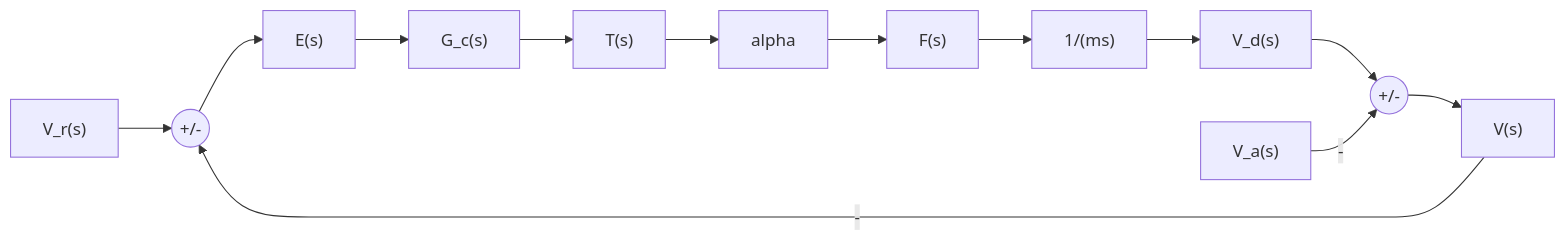
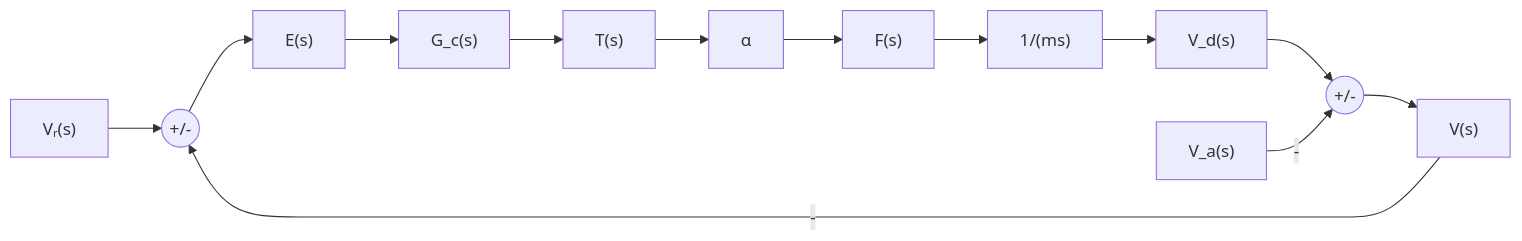
Before and after one commit to Cateds/Dynamics-Control.md: the first of 3 diagrams in src/content/docs/tutorials/p1.tutorial.ex.md, drawn with Mermaid. The commit also changed other lines of this file and 73 other files, not shown here.

````diff
--- a/src/content/docs/tutorials/p1.tutorial.ex.md
+++ b/src/content/docs/tutorials/p1.tutorial.ex.md
@@ -17,15 +17,15 @@
 ```mermaid
 flowchart LR
-  Vr["V_r(s)"] --> S1(("+/-"))
+  Vr["Vᵣ(s)"] --> S1(("+/-"))
   V["V(s)"] -->|"-"| S1
   S1 --> E["E(s)"]
   E --> Gc["G_c(s)"]
   Gc --> T["T(s)"]
-  T --> A["alpha"]
+  T --> A["α"]
   A --> F["F(s)"]
   F --> P["1/(ms)"]
   P --> Vd["V_d(s)"]
   Vd --> S2(("+/-"))
   Va["V_a(s)"] -->|"-"| S2
   S2 --> V
 ```
````
